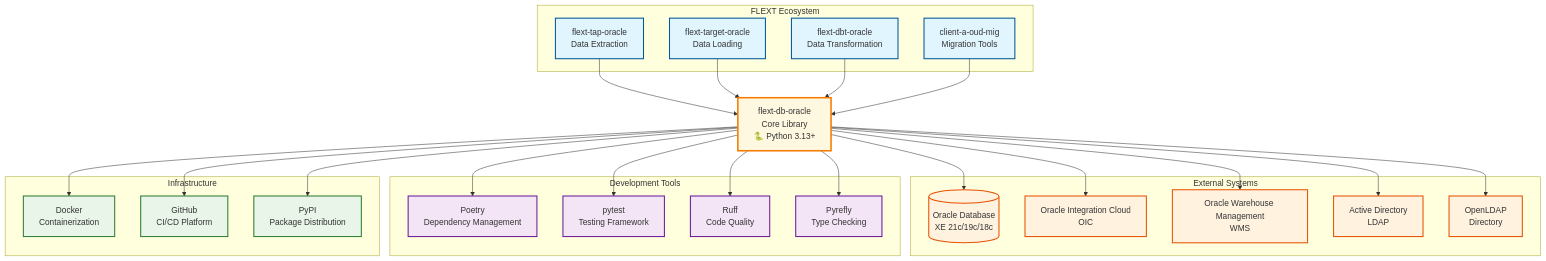
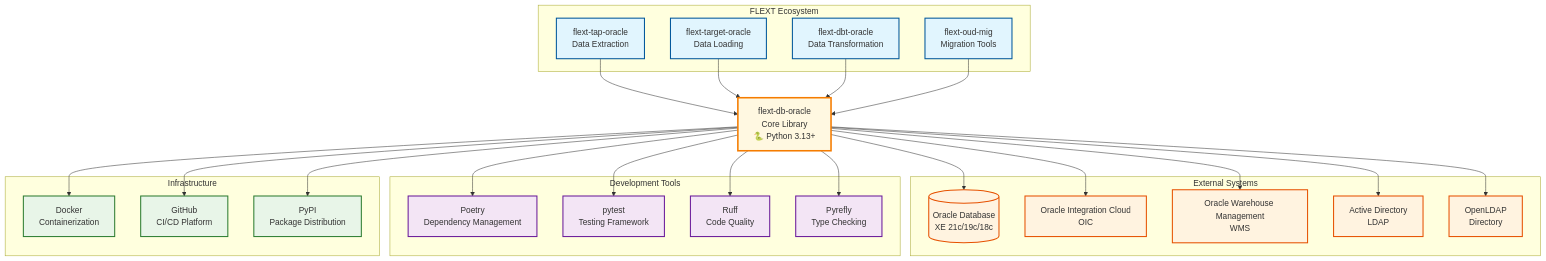
The diagram in docs/architecture/c4-context.md (flext-sh/flext-db-oracle), drawn with Mermaid before and after one commit. The commit also changed 6 other files, not shown here.

````diff
--- a/docs/architecture/c4-context.md
+++ b/docs/architecture/c4-context.md
@@ -9,67 +9,67 @@
 ```mermaid
 graph TB
     subgraph "FLEXT Ecosystem"
         TAP[flext-tap-oracle<br/>Data Extraction]
         TARGET[flext-target-oracle<br/>Data Loading]
         DBT[flext-dbt-oracle<br/>Data Transformation]
-        client-a[client-a-oud-mig<br/>Migration Tools]
+        FLEXT[flext-oud-mig<br/>Migration Tools]
     end
 
     subgraph "External Systems"
         ORACLE[(Oracle Database<br/>XE 21c/19c/18c)]
         OIC[Oracle Integration Cloud<br/>OIC]
         WMS[Oracle Warehouse Management<br/>WMS]
         AD[Active Directory<br/>LDAP]
         OPENLDAP[OpenLDAP<br/>Directory]
     end
 
     subgraph "Development Tools"
         POETRY[Poetry<br/>Dependency Management]
         PYTEST[pytest<br/>Testing Framework]
         RUFF[Ruff<br/>Code Quality]
         PYREFLY[Pyrefly<br/>Type Checking]
     end
 
     subgraph "Infrastructure"
         DOCKER[Docker<br/>Containerization]
         GITHUB[GitHub<br/>CI/CD Platform]
         PYPI[PyPI<br/>Package Distribution]
     end
 
     %% Core Library
     LIB[flext-db-oracle<br/>Core Library<br/>🐍 Python 3.13+]
 
     %% Connections
     TAP --> LIB
     TARGET --> LIB
     DBT --> LIB
-    client-a --> LIB
+    FLEXT --> LIB
 
     LIB --> ORACLE
     LIB --> OIC
     LIB --> WMS
     LIB --> AD
     LIB --> OPENLDAP
 
     LIB --> POETRY
     LIB --> PYTEST
     LIB --> RUFF
     LIB --> PYREFLY
 
     LIB --> DOCKER
     LIB --> GITHUB
     LIB --> PYPI
 
     %% Styling
     classDef ecosystem fill:#e1f5fe,stroke:#01579b,stroke-width:2px
     classDef external fill:#fff3e0,stroke:#e65100,stroke-width:2px
     classDef tools fill:#f3e5f5,stroke:#6a1b9a,stroke-width:2px
     classDef infra fill:#e8f5e8,stroke:#2e7d32,stroke-width:2px
     classDef core fill:#fff8e1,stroke:#f57c00,stroke-width:3px
 
-    class TAP,TARGET,DBT,client-a ecosystem
+    class TAP,TARGET,DBT,FLEXT ecosystem
     class ORACLE,OIC,WMS,AD,OPENLDAP external
     class POETRY,PYTEST,RUFF,PYREFLY tools
     class DOCKER,GITHUB,PYPI infra
     class LIB core
 ```
````
